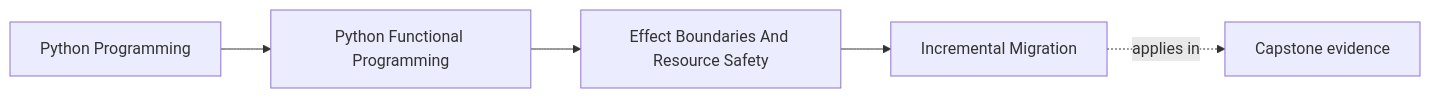
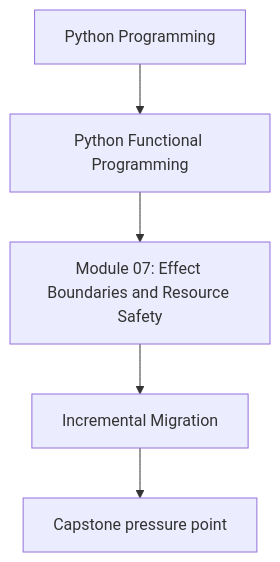
One commit to bijux/bijux-masterclass changed the first of 2 diagrams in programs/python-programming/python-functional-programming/course-book/module-07-effect-boundaries-and-resource-safety/incremental-migration.md. Above: the diagram before and after it, drawn with Mermaid. The commit also changed other lines of this file and 118 other files, not shown here.

Commit message:
docs(python-functional-programming): align concept page diagrams

````diff
--- a/programs/python-programming/python-functional-programming/course-book/module-07-effect-boundaries-and-resource-safety/incremental-migration.md
+++ b/programs/python-programming/python-functional-programming/course-book/module-07-effect-boundaries-and-resource-safety/incremental-migration.md
@@ -7,11 +7,7 @@
 ```mermaid
-graph LR
-  family["Python Programming"]
-  program["Python Functional Programming"]
-  section["Effect Boundaries And Resource Safety"]
-  page["Incremental Migration"]
-  capstone["Capstone evidence"]
-
-  family --> program --> section --> page
-  page -.applies in.-> capstone
+flowchart TD
+  family["Python Programming"] --> program["Python Functional Programming"]
+  program --> module["Module 07: Effect Boundaries and Resource Safety"]
+  module --> concept["Incremental Migration"]
+  concept --> capstone["Capstone pressure point"]
 ```
````
